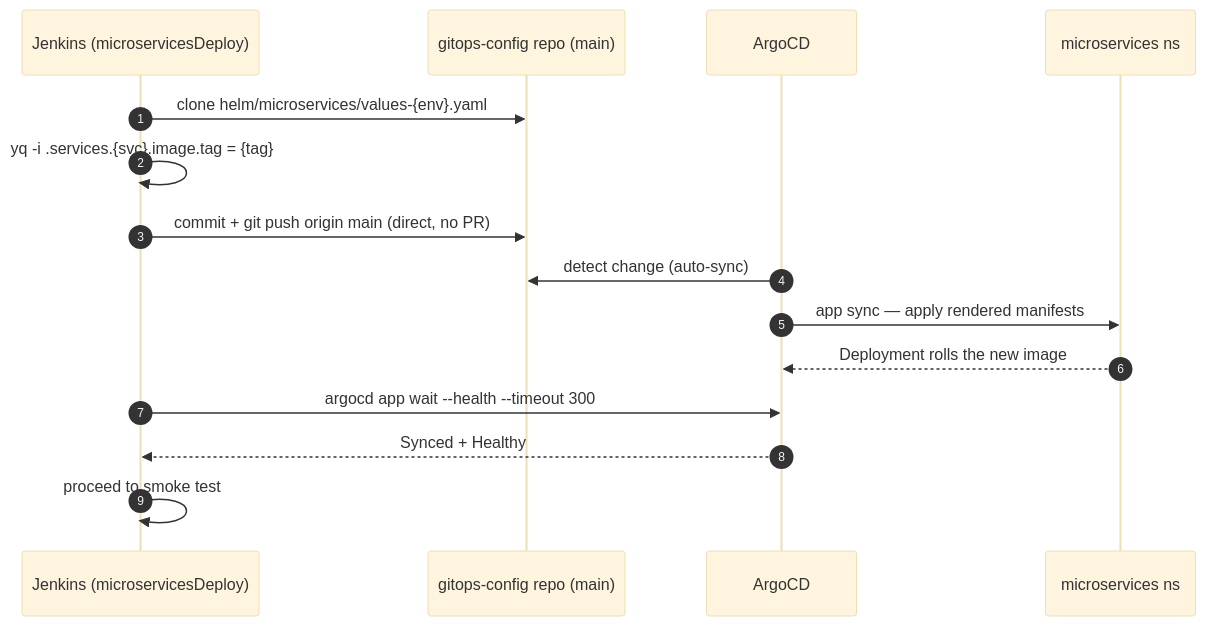
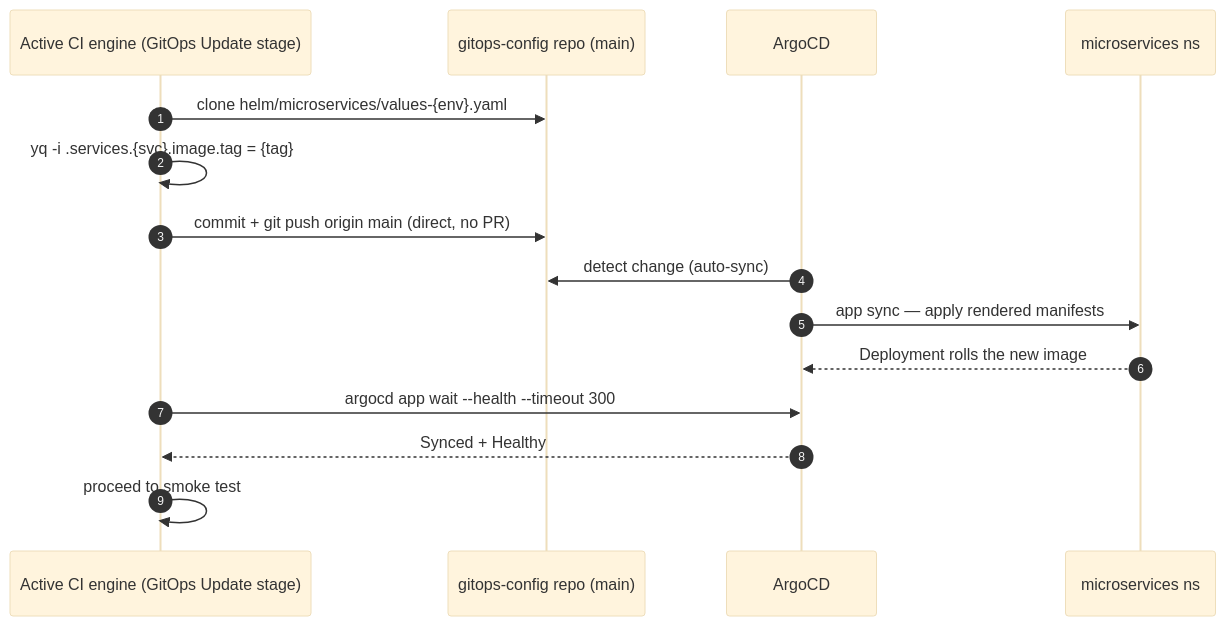
Before and after one commit to nubenetes/jenkins-2026: the third of 5 diagrams in docs/502-MICROSERVICES_GITOPS.md, drawn with Mermaid (base theme). The commit also changed other lines of this file and 4 other files, not shown here.

First line of the commit message:
docs: align remaining mermaid diagrams with main + fix 2 pre-existing broken diagrams (#478)

````diff
--- a/docs/502-MICROSERVICES_GITOPS.md
+++ b/docs/502-MICROSERVICES_GITOPS.md
@@ -155,17 +155,17 @@
 ```mermaid
 sequenceDiagram
   autonumber
-  participant J as Jenkins (microservicesDeploy)
+  participant J as Active CI engine (GitOps Update stage)
   participant GO as gitops-config repo (main)
   participant AC as ArgoCD
   participant MS as microservices ns
   J->>GO: clone helm/microservices/values-{env}.yaml
   J->>J: yq -i .services.{svc}.image.tag = {tag}
   J->>GO: commit + git push origin main (direct, no PR)
   AC->>GO: detect change (auto-sync)
   AC->>MS: app sync — apply rendered manifests
   MS-->>AC: Deployment rolls the new image
   J->>AC: argocd app wait --health --timeout 300
   AC-->>J: Synced + Healthy
   J->>J: proceed to smoke test
 ```
````
